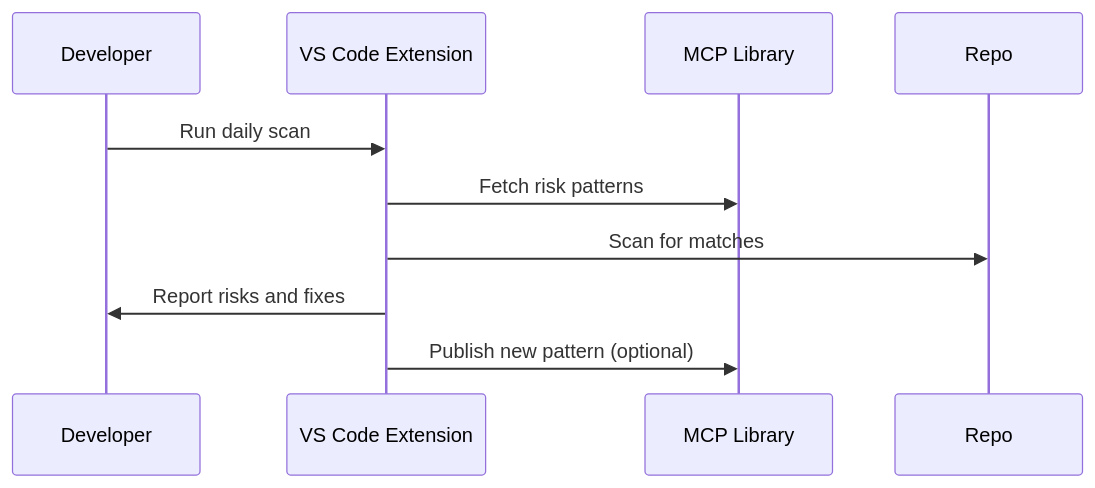
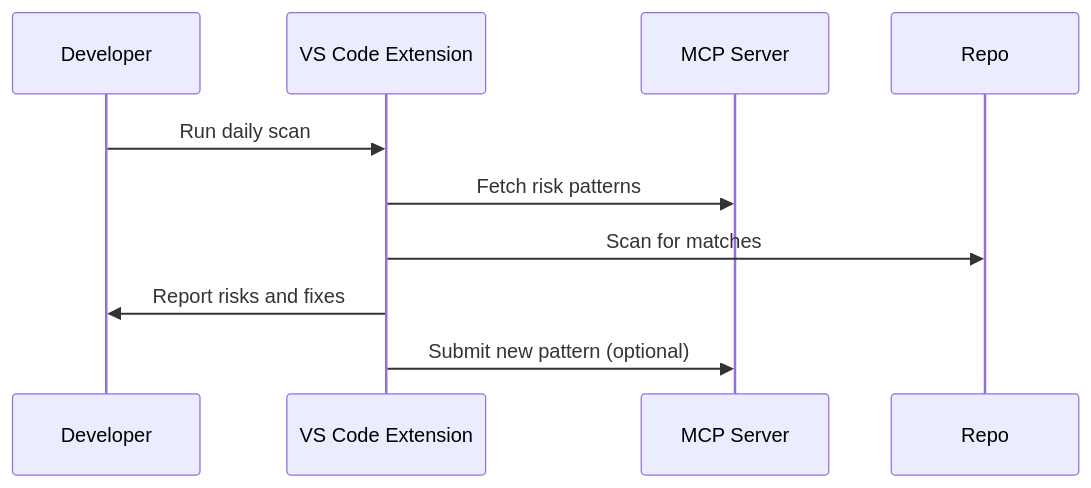
One commit to Lizo-RoadTown/proveskit-agent changed the second of 2 diagrams in pages/technical.md. Above: the diagram before and after it, drawn with Mermaid. The commit also changed other lines of this file and 8 other files, not shown here.

Commit message:
Refocus site on MCP library and risk scan

````diff
--- a/pages/technical.md
+++ b/pages/technical.md
@@ -314,13 +93,13 @@
 ```mermaid
 sequenceDiagram
-    participant Dev as Developer
-    participant Ext as VS Code Extension
-    participant MCP as MCP Library
-    participant Repo as Repo
+  participant Dev as Developer
+  participant Ext as VS Code Extension
+  participant MCP as MCP Server
+  participant Repo as Repo
 
-    Dev->>Ext: Run daily scan
-    Ext->>MCP: Fetch risk patterns
-    Ext->>Repo: Scan for matches
-    Ext->>Dev: Report risks and fixes
-    Ext->>MCP: Publish new pattern (optional)
+  Dev->>Ext: Run daily scan
+  Ext->>MCP: Fetch risk patterns
+  Ext->>Repo: Scan for matches
+  Ext->>Dev: Report risks and fixes
+  Ext->>MCP: Submit new pattern (optional)
 ```
````
